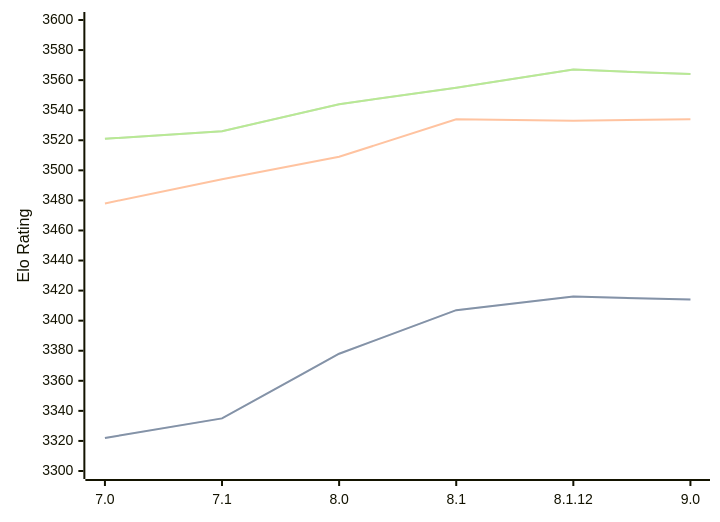
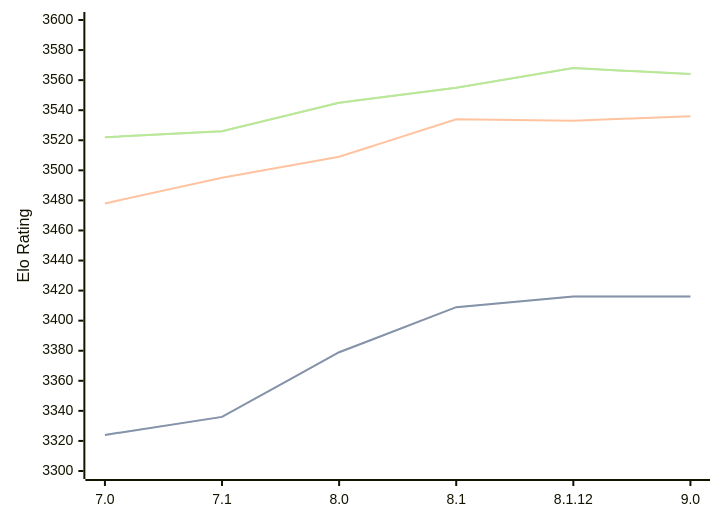
Before and after one commit to computer-chess-index/cci: the diagram in engines/Alexandria.md, drawn with Mermaid. The commit also changed other lines of this file, not shown here.

Commit message:
Update CCI Ratings (ELO VLTC) - 2026-07-24

````diff
--- a/engines/Alexandria.md
+++ b/engines/Alexandria.md
@@ -55,11 +55,11 @@
 ```mermaid
 %%{init: {"theme":"base","themeVariables":{"seriesColors:['#a3a3a3','#222221','#faa371']}}}%%
 xychart-beta
   x-axis ["7.0", "7.1", "8.0", "8.1", "8.1.12", "9.0"]
   y-axis "Elo Rating" 3300 --> 3600
-  line "STC (8.0+0.08s)" [3322, 3335, 3378, 3407, 3416, 3414]
-  line "STC (8.0+0.08s)" [3322, 3335, 3378, 3407, 3416, 3414]
-  line "LTC (60.0+0.60s)" [3478, 3494, 3509, 3534, 3533, 3534]
-  line "VLTC (2m24s+1.12s)" [3521, 3526, 3544, 3555, 3567, 3564]
-  line "VLTC (2m24s+1.12s)" [3521, 3526, 3544, 3555, 3567, 3564]
+  line "STC (8.0+0.08s)" [3324, 3336, 3379, 3409, 3416, 3416]
+  line "STC (8.0+0.08s)" [3324, 3336, 3379, 3409, 3416, 3416]
+  line "LTC (60.0+0.60s)" [3478, 3495, 3509, 3534, 3533, 3536]
+  line "VLTC (2m24s+1.12s)" [3522, 3526, 3545, 3555, 3568, 3564]
+  line "VLTC (2m24s+1.12s)" [3522, 3526, 3545, 3555, 3568, 3564]
 ```
````
